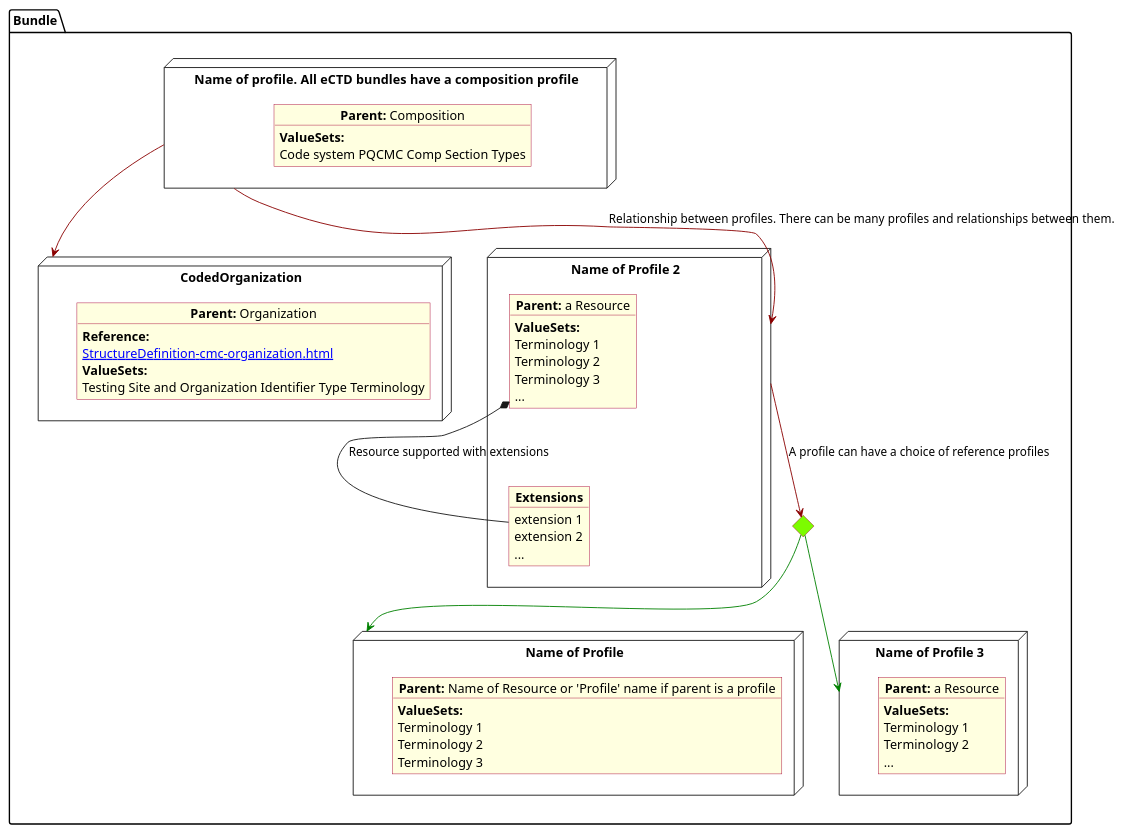
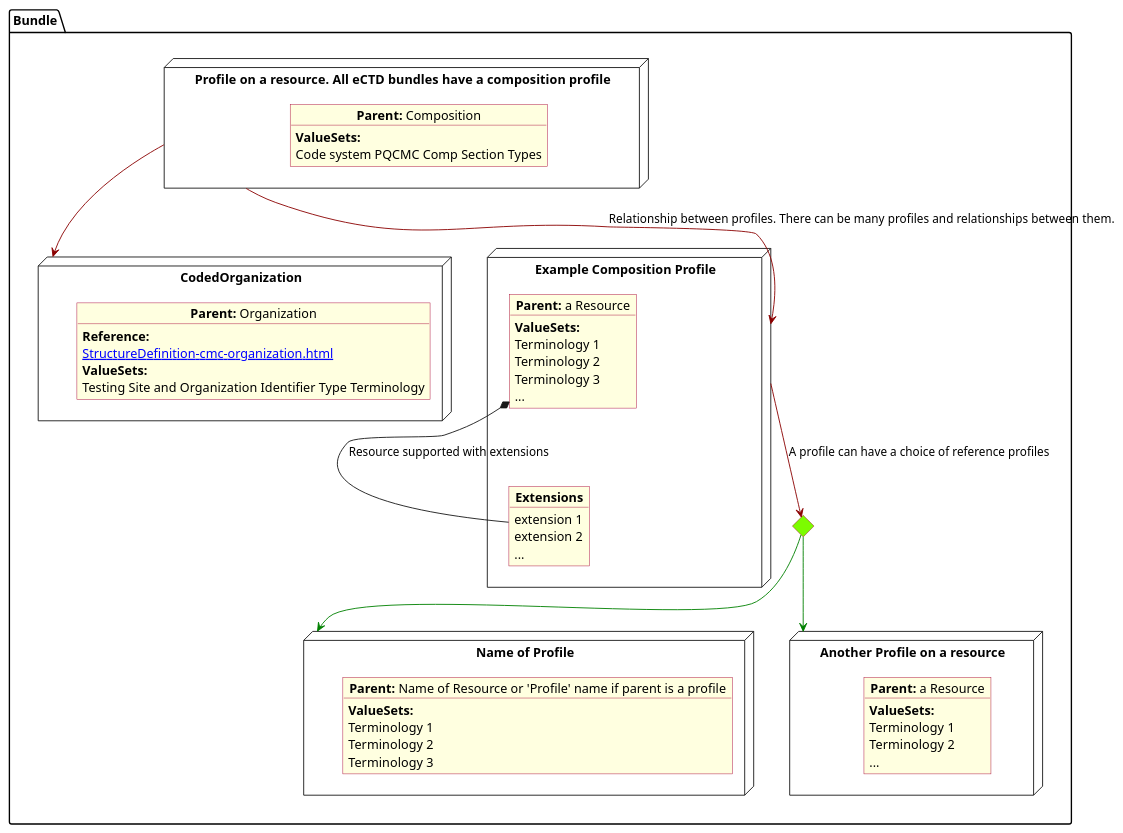
Before and after one commit to HL7/FHIR-us-pq-cmc-fda: the diagram in input/images-source/legend.plantuml, drawn with PlantUML. The commit also changed 21 other files, not shown here.

```diff
--- a/input/images-source/legend.plantuml
+++ b/input/images-source/legend.plantuml
@@ -1,76 +1,76 @@
 @startuml legend
 allowmixing
 'Mixed model of use case and object
 skinparam svgDimensionStyle false
 skinparam ObjectBackgroundColor LightYellow
 skinparam ObjectBorderColor #A80036
 skinparam activityDiamondBorderColor #A80036
 skinparam activityDiamondBackgroundColor lawnGreen
 skinparam ClassBorderThickness 4
 
 package "Bundle" as NODES {
   node "Name of Profile" as Nameprofile {
     object "**Parent:** Name of Resource or 'Profile' name if parent is a profile" as objcs {
       **ValueSets:**
       Terminology 1
       Terminology 2
       Terminology 3
     }
   }
 
   node "CodedOrganization" as NSO {
 
     object "**Parent:** Organization" as objAu {
       **Reference:**
       [[StructureDefinition-cmc-organization.html]]
       **ValueSets:**
       Testing Site and Organization Identifier Type Terminology
     }
   }
   
   diamond CH
 
-  node "Name of Profile 2" as NN {
+  node "Example Composition Profile" as NN {
 
     object "**Parent:** a Resource" as obj3 {
       **ValueSets:**
       Terminology 1
       Terminology 2
       Terminology 3
       ...
     }
     object "**Extensions**" as objExs {
       extension 1
       extension 2
       ...
     }
     obj3 *-- objExs : Resource supported with extensions
 
   }
 
-  node "Name of profile.  All eCTD bundles have a composition profile" as N1 {
+  node "Profile on a resource.  All eCTD bundles have a composition profile" as N1 {
 
     object "**Parent:** Composition" as obj1 {
       **ValueSets:**
       Code system PQCMC Comp Section Types
     }
 
   }
 
-  node "Name of Profile 3" as NN3 {
+  node "Another Profile on a resource" as NN3 {
 
     object "**Parent:** a Resource" as obj33 {
       **ValueSets:**
       Terminology 1
       Terminology 2
       ...
     }
   }
 
   N1 -[#darkred]-> NSO
   NN -[#darkred]-> CH : A profile can have a choice of reference profiles
   CH -[#green]-> Nameprofile
   CH -[#green]-> NN3
   N1 -[#darkred]-> NN :  Relationship between profiles.  There can be many profiles and relationships between them.
 }
 @enduml
```
